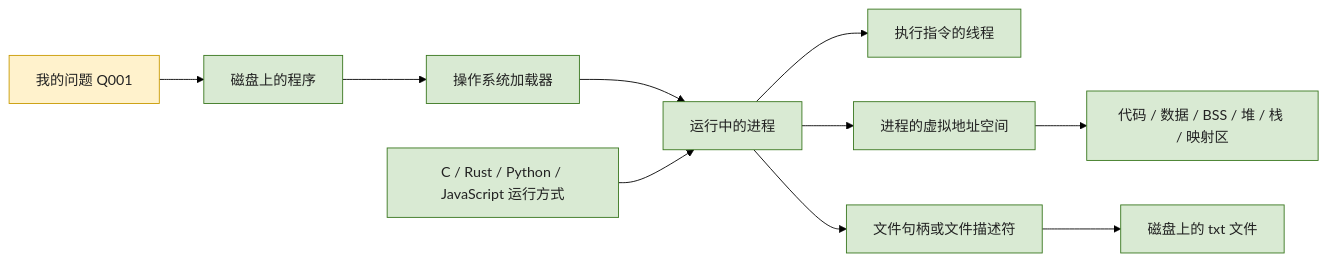
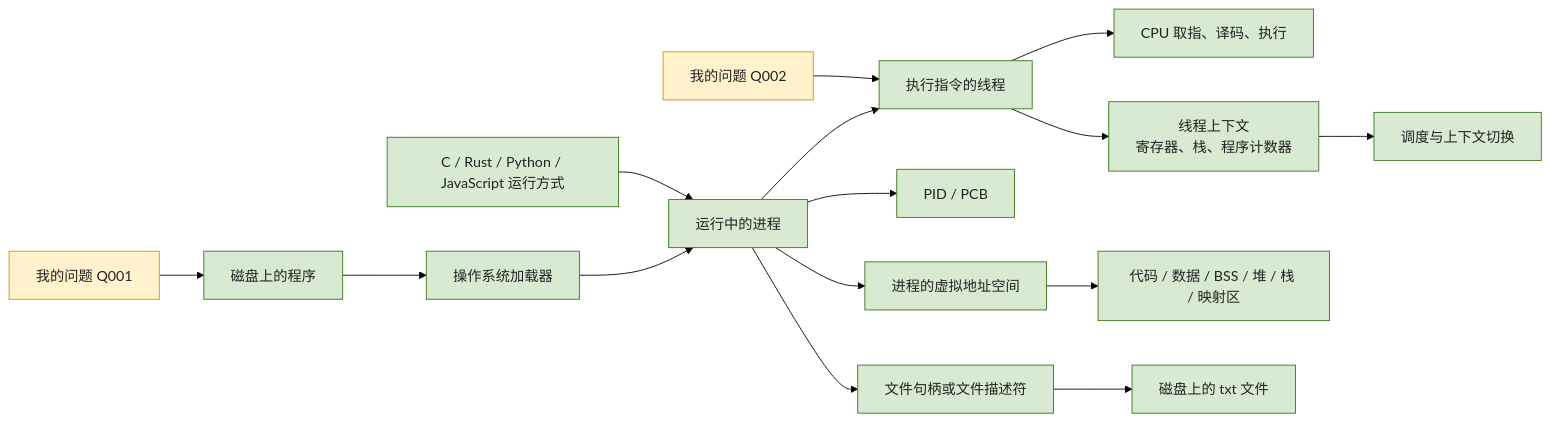
Before and after one commit to jiazhengfu912-lang/operating-Systems-Theory: the first of 2 diagrams in README.md, drawn with Mermaid (forest theme). The commit also changed other lines of this file and 8 other files, not shown here.

````diff
--- a/README.md
+++ b/README.md
@@ -17,18 +19,23 @@
 ```mermaid
 flowchart LR
     Q["我的问题 Q001"] --> P["磁盘上的程序"]
     P --> L["操作系统加载器"]
     L --> PROC["运行中的进程"]
     PROC --> T["执行指令的线程"]
+    Q2["我的问题 Q002"] --> T
+    T --> CPU["CPU 取指、译码、执行"]
+    T --> CTX["线程上下文<br/>寄存器、栈、程序计数器"]
+    CTX --> SWITCH["调度与上下文切换"]
+    PROC --> PCB["PID / PCB"]
     PROC --> VM["进程的虚拟地址空间"]
     VM --> REG["代码 / 数据 / BSS / 堆 / 栈 / 映射区"]
     PROC --> H["文件句柄或文件描述符"]
     H --> F["磁盘上的 txt 文件"]
     RT["C / Rust / Python / JavaScript 运行方式"] --> PROC
 
     classDef question fill:#fff2cc,stroke:#c99a00,color:#222;
     classDef current fill:#d9ead3,stroke:#38761d,color:#222;
     classDef relation fill:#d9eaf7,stroke:#3d85c6,color:#222;
-    class Q question;
-    class P,L,PROC,T,VM,REG,H,F,RT current;
+    class Q,Q2 question;
+    class P,L,PROC,T,CPU,CTX,SWITCH,PCB,VM,REG,H,F,RT current;
 ```
````
